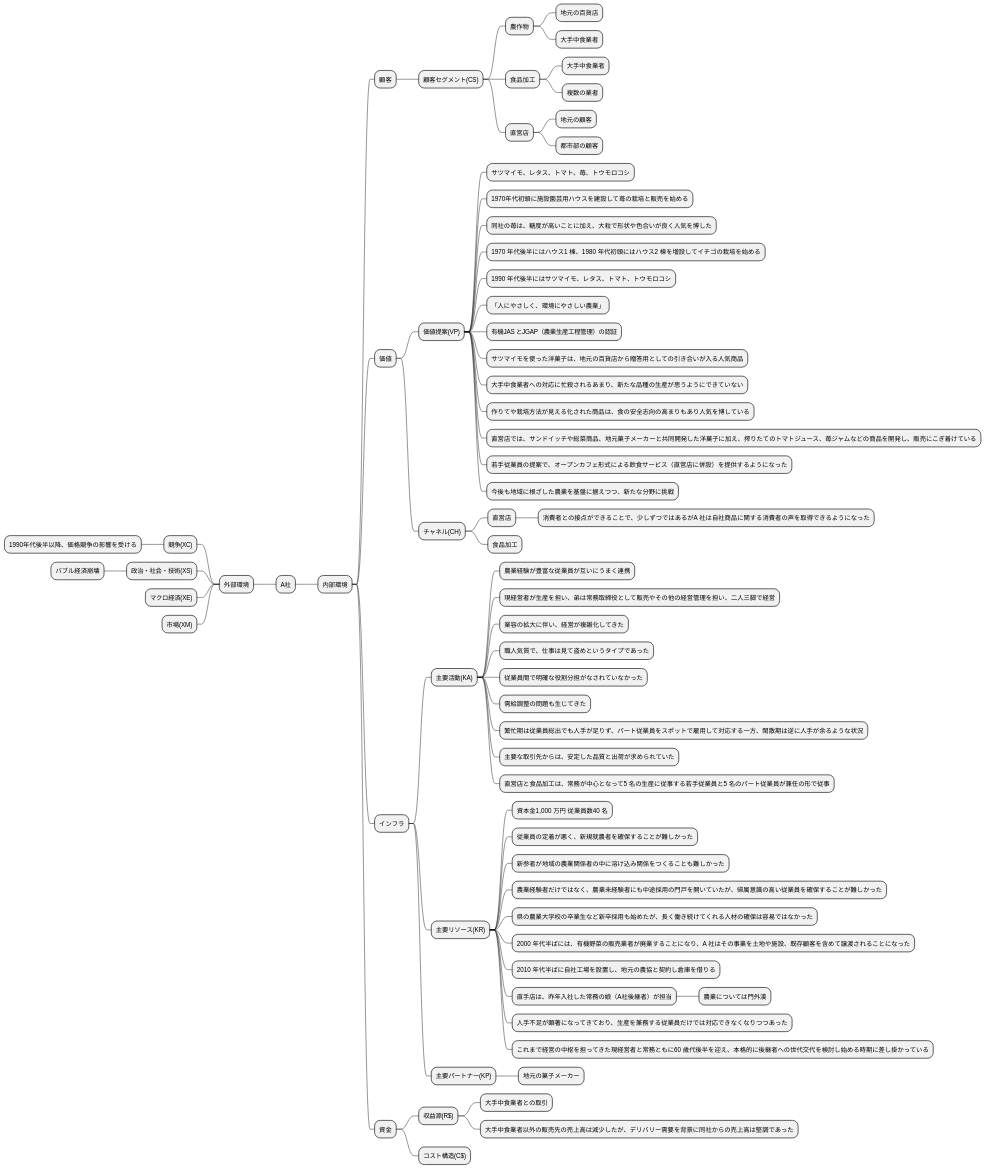
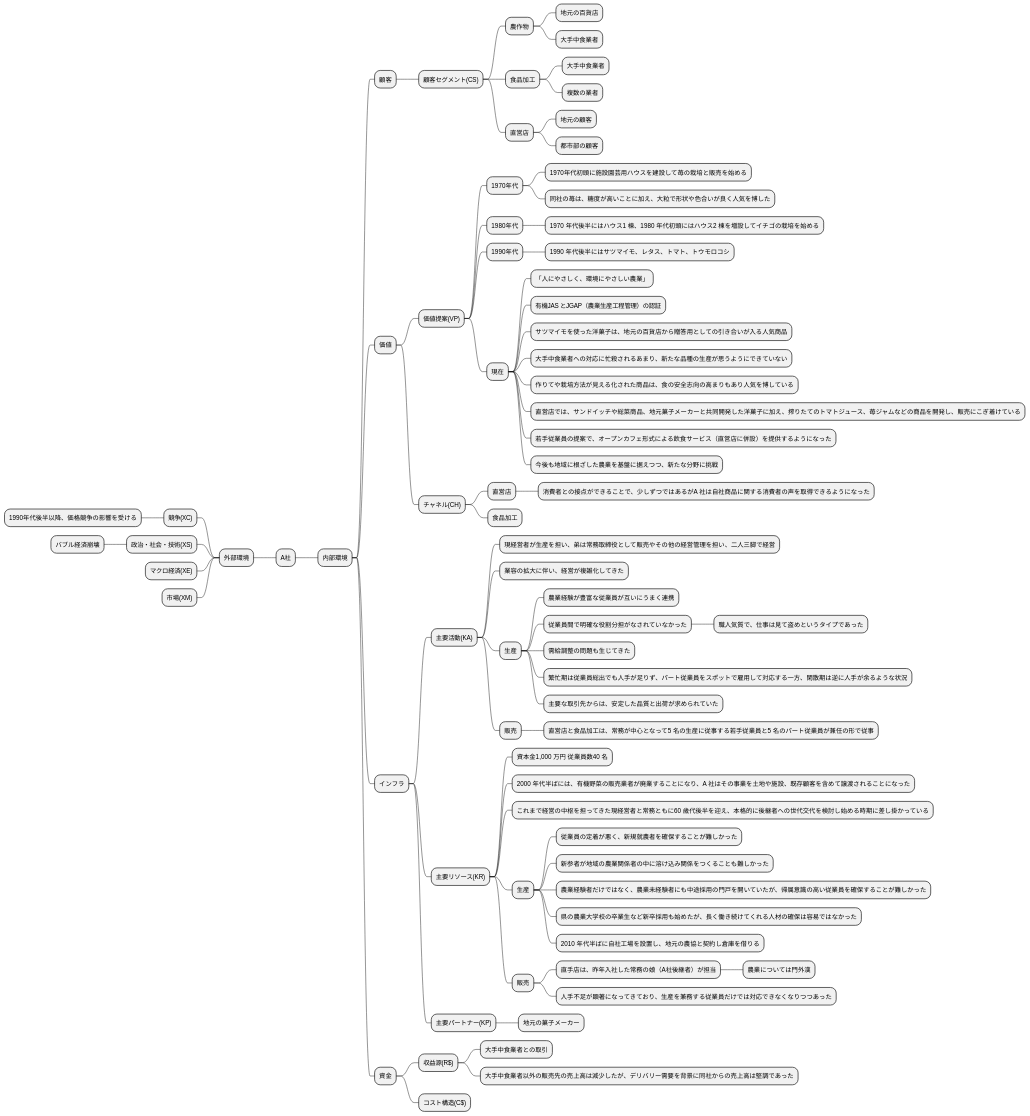
One commit to k2works/case-sutudy-business-analysis changed the second of 15 diagrams in docs/case/r04_case_1.adoc. Above: the diagram before and after it, drawn with PlantUML.

Commit message:
dcos:R04 事例1

```diff
--- a/docs/case/r04_case_1.adoc
+++ b/docs/case/r04_case_1.adoc
@@ -63,76 +63,83 @@
 [plantuml]
 ----
 @startmindmap
 
 * A社
 -- 外部環境
 --- 競争(XC)
 ---- 1990年代後半以降、価格競争の影響を受ける
 --- 政治・社会・技術(XS)
 ---- バブル経済崩壊
 --- マクロ経済(XE)
 --- 市場(XM)
 ** 内部環境
 *** 顧客
 **** 顧客セグメント(CS)
 ***** 農作物
 ****** 地元の百貨店
 ****** 大手中食業者
 ***** 食品加工
 ****** 大手中食業者
 ****** 複数の業者
 ***** 直営店
 ****** 地元の顧客
 ****** 都市部の顧客
 *** 価値
 **** 価値提案(VP)
-***** サツマイモ、レタス、トマト、苺、トウモロコシ
-***** 1970年代初頭に施設園芸用ハウスを建設して苺の栽培と販売を始める
-***** 同社の苺は、糖度が高いことに加え、大粒で形状や色合いが良く人気を博した
-***** 1970 年代後半にはハウス1 棟、1980 年代初頭にはハウス2 棟を増設してイチゴの栽培を始める
-***** 1990 年代後半にはサツマイモ、レタス、トマト、トウモロコシ
-***** 「人にやさしく、環境にやさしい農業」
-***** 有機JAS とJGAP（農業生産工程管理）の認証
-***** サツマイモを使った洋菓子は、地元の百貨店から贈答用としての引き合いが入る人気商品
-***** 大手中食業者への対応に忙殺されるあまり、新たな品種の生産が思うようにできていない
-***** 作りてや栽培方法が見える化された商品は、食の安全志向の高まりもあり人気を博している
-***** 直営店では、サンドイッチや総菜商品、地元菓子メーカーと共同開発した洋菓子に加え、搾りたてのトマトジュース、苺ジャムなどの商品を開発し、販売にこぎ着けている
-***** 若手従業員の提案で、オープンカフェ形式による飲食サービス（直営店に併設）を提供するようになった
-***** 今後も地域に根ざした農業を基盤に据えつつ、新たな分野に挑戦
+***** 1970年代
+****** 1970年代初頭に施設園芸用ハウスを建設して苺の栽培と販売を始める
+****** 同社の苺は、糖度が高いことに加え、大粒で形状や色合いが良く人気を博した
+***** 1980年代
+****** 1970 年代後半にはハウス1 棟、1980 年代初頭にはハウス2 棟を増設してイチゴの栽培を始める
+***** 1990年代
+****** 1990 年代後半にはサツマイモ、レタス、トマト、トウモロコシ
+***** 現在
+****** 「人にやさしく、環境にやさしい農業」
+****** 有機JAS とJGAP（農業生産工程管理）の認証
+****** サツマイモを使った洋菓子は、地元の百貨店から贈答用としての引き合いが入る人気商品
+****** 大手中食業者への対応に忙殺されるあまり、新たな品種の生産が思うようにできていない
+****** 作りてや栽培方法が見える化された商品は、食の安全志向の高まりもあり人気を博している
+****** 直営店では、サンドイッチや総菜商品、地元菓子メーカーと共同開発した洋菓子に加え、搾りたてのトマトジュース、苺ジャムなどの商品を開発し、販売にこぎ着けている
+****** 若手従業員の提案で、オープンカフェ形式による飲食サービス（直営店に併設）を提供するようになった
+****** 今後も地域に根ざした農業を基盤に据えつつ、新たな分野に挑戦
 **** チャネル(CH)
 ***** 直営店
 ****** 消費者との接点ができることで、少しずつではあるがA 社は自社商品に関する消費者の声を取得できるようになった
 ***** 食品加工
 *** インフラ
 **** 主要活動(KA)
-***** 農業経験が豊富な従業員が互いにうまく連携
 ***** 現経営者が生産を担い、弟は常務取締役として販売やその他の経営管理を担い、二人三脚で経営
 ***** 業容の拡大に伴い、経営が複雑化してきた
-***** 職人気質で、仕事は見て盗めというタイプであった
-***** 従業員間で明確な役割分担がなされていなかった
-***** 需給調整の問題も生じてきた
-***** 繁忙期は従業員総出でも人手が足りず、パート従業員をスポットで雇用して対応する一方、閑散期は逆に人手が余るような状況
-***** 主要な取引先からは、安定した品質と出荷が求められていた
-***** 直営店と食品加工は、常務が中心となって5 名の生産に従事する若手従業員と5 名のパート従業員が兼任の形で従事
+***** 生産
+****** 農業経験が豊富な従業員が互いにうまく連携
+****** 従業員間で明確な役割分担がなされていなかった
+******* 職人気質で、仕事は見て盗めというタイプであった
+****** 需給調整の問題も生じてきた
+****** 繁忙期は従業員総出でも人手が足りず、パート従業員をスポットで雇用して対応する一方、閑散期は逆に人手が余るような状況
+****** 主要な取引先からは、安定した品質と出荷が求められていた
+***** 販売
+****** 直営店と食品加工は、常務が中心となって5 名の生産に従事する若手従業員と5 名のパート従業員が兼任の形で従事
 **** 主要リソース(KR)
 ***** 資本金1,000 万円 従業員数40 名
-***** 従業員の定着が悪く、新規就農者を確保することが難しかった
-***** 新参者が地域の農業関係者の中に溶け込み関係をつくることも難しかった
-***** 農業経験者だけではなく、農業未経験者にも中途採用の門戸を開いていたが、帰属意識の高い従業員を確保することが難しかった
-***** 県の農業大学校の卒業生など新卒採用も始めたが、長く働き続けてくれる人材の確保は容易ではなかった
 ***** 2000 年代半ばには、有機野菜の販売業者が廃業することになり、A 社はその事業を土地や施設、既存顧客を含めて譲渡されることになった
-***** 2010 年代半ばに自社工場を設置し、地元の農協と契約し倉庫を借りる
-***** 直手店は、昨年入社した常務の娘（A社後継者）が担当
-****** 農業については門外漢
-***** 人手不足が顕著になってきており、生産を兼務する従業員だけでは対応できなくなりつつあった
 ***** これまで経営の中枢を担ってきた現経営者と常務ともに60 歳代後半を迎え、本格的に後継者への世代交代を検討し始める時期に差し掛かっている
+***** 生産
+****** 従業員の定着が悪く、新規就農者を確保することが難しかった
+****** 新参者が地域の農業関係者の中に溶け込み関係をつくることも難しかった
+****** 農業経験者だけではなく、農業未経験者にも中途採用の門戸を開いていたが、帰属意識の高い従業員を確保することが難しかった
+****** 県の農業大学校の卒業生など新卒採用も始めたが、長く働き続けてくれる人材の確保は容易ではなかった
+****** 2010 年代半ばに自社工場を設置し、地元の農協と契約し倉庫を借りる
+***** 販売
+****** 直手店は、昨年入社した常務の娘（A社後継者）が担当
+******* 農業については門外漢
+****** 人手不足が顕著になってきており、生産を兼務する従業員だけでは対応できなくなりつつあった
 **** 主要パートナー(KP)
 ***** 地元の菓子メーカー
 *** 資金
 **** 収益源(R$)
 ***** 大手中食業者との取引
 ***** 大手中食業者以外の販売先の売上高は減少したが、デリバリー需要を背景に同社からの売上高は堅調であった
 **** コスト構造(C$)
 
 @endmindmap
 ----
```
